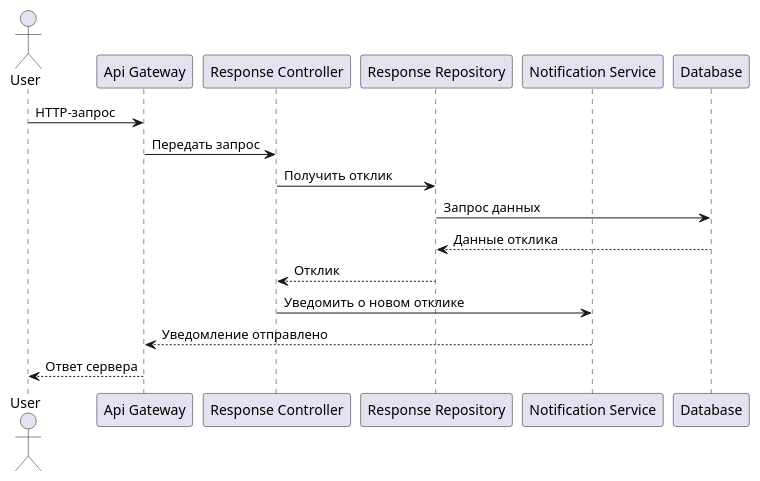
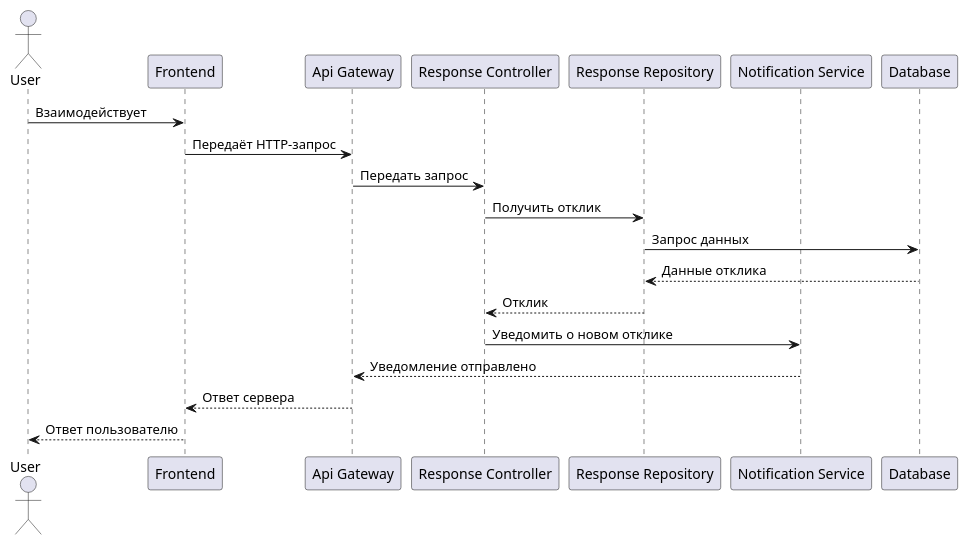
Before and after one commit to ieatprettygirl/HSE-online-service: the diagram in Lab Work №3/docs/Code_PlantUml/diagram.puml, drawn with PlantUML. The commit also changed 4 other files, not shown here.

Commit message:
поправилена диаграмма последовательности, расписан SOLID

```diff
--- a/Lab Work №3/docs/Code_PlantUml/diagram.puml
+++ b/Lab Work №3/docs/Code_PlantUml/diagram.puml
@@ -1,19 +1,23 @@
 @startuml
 
 actor User
+participant "Frontend" as FT
 participant "Api Gateway" as AG
 participant "Response Controller" as RC
 participant "Response Repository" as RR
 participant "Notification Service" as NS
 participant "Database" as DB
 
-User  -> AG: HTTP-запрос
+User  -> FT: Взаимодействует
+FT  -> AG: Передаёт HTTP-запрос
 AG -> RC: Передать запрос
 RC -> RR: Получить отклик
 RR -> DB: Запрос данных
 DB --> RR: Данные отклика
 RR --> RC: Отклик
 RC -> NS: Уведомить о новом отклике
 NS --> AG: Уведомление отправлено
-AG --> User: Ответ сервера
+AG --> FT: Ответ сервера
+FT --> User: Ответ пользователю
+
 @enduml
```
